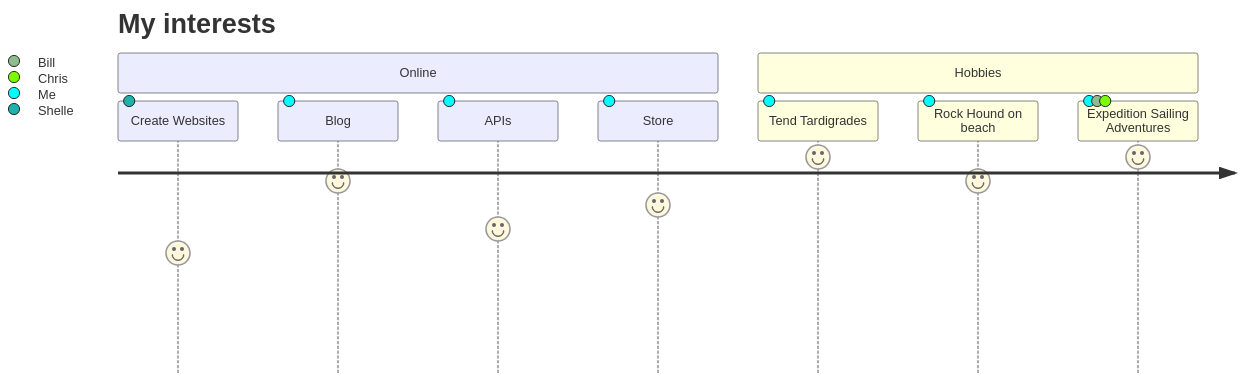
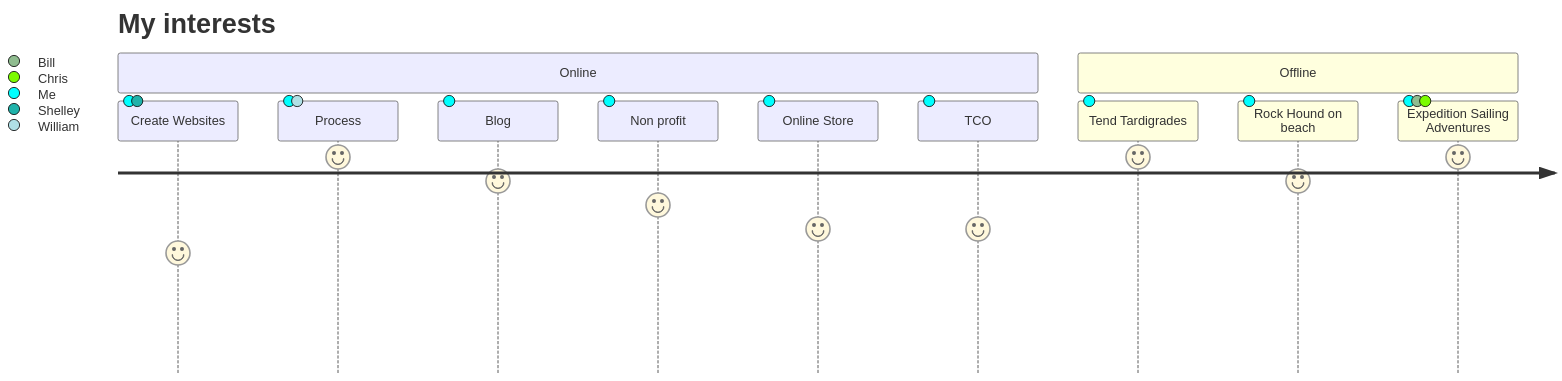
One commit to dewww/dewww.github.io changed the diagram in README.md. Above: the diagram before and after it, drawn with Mermaid. The commit also changed other lines of this file, not shown here.

````diff
--- a/README.md
+++ b/README.md
@@ -3,13 +3,15 @@
 ```mermaid
 journey
     title My interests
     section Online
-      Create Websites: 5: Shelle
+      Create Websites: 5: Me, Shelley
+      Process: 9: Me, William
       Blog: 8: Me
-      APIs: 6: Me
-      Store: 7: Me
-    section Hobbies
+      Non profit: 7: Me
+      Online Store: 6: Me
+      TCO: 6: Me
+    section Offline
       Tend Tardigrades: 9: Me
       Rock Hound on beach: 8: Me
       Expedition Sailing Adventures: 9: Me, Bill, Chris
 ```
````
